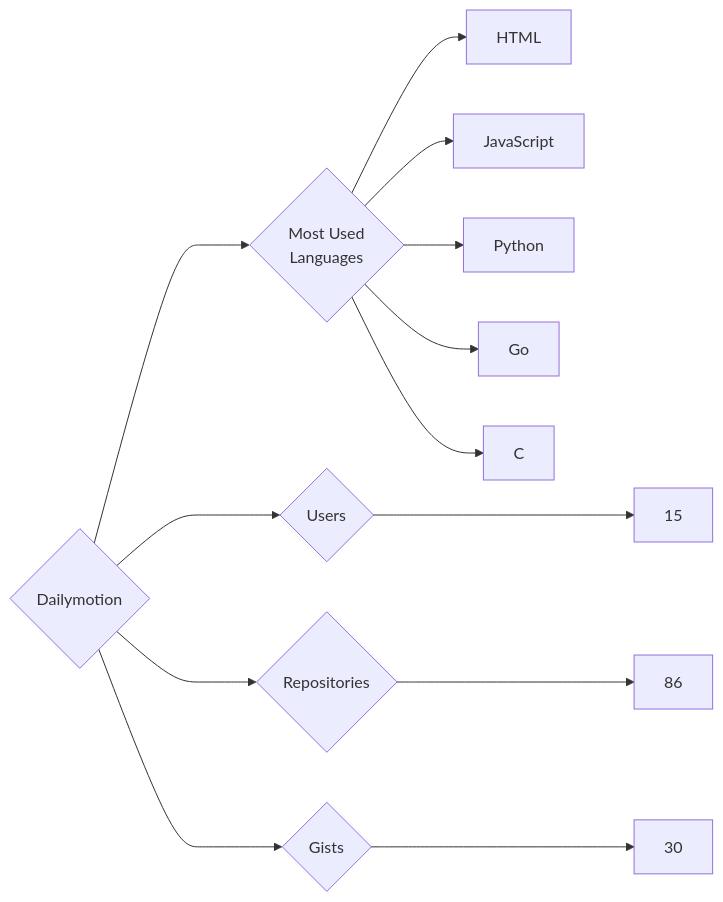
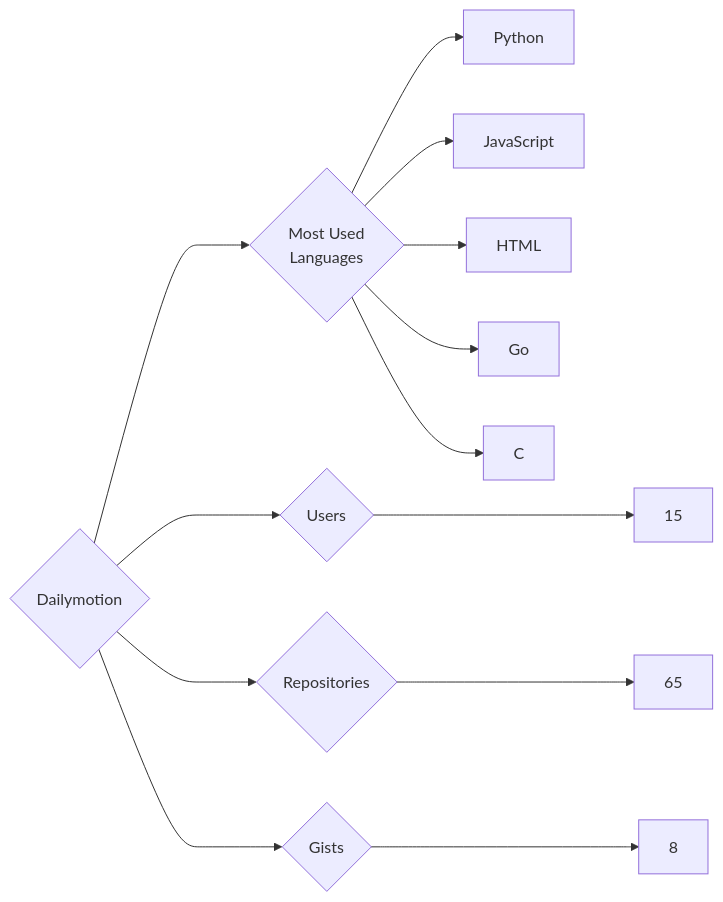
The diagram in targets/Dailymotion/README.md (trickest/insiders), drawn with Mermaid before and after one commit. The commit also changed 953 other files, not shown here.

````diff
--- a/targets/Dailymotion/README.md
+++ b/targets/Dailymotion/README.md
@@ -3,13 +3,13 @@
 ```mermaid
 graph LR
 COMPANY_NAME{Dailymotion}
 COMPANY_NAME ---> U{Users} ---> UN[15]
-COMPANY_NAME ---> R{Repositories} ---> RN[86]
-COMPANY_NAME ---> G{Gists} ---> GN[30]
+COMPANY_NAME ---> R{Repositories} ---> RN[65]
+COMPANY_NAME ---> G{Gists} ---> GN[8]
 COMPANY_NAME ---> ML{Most Used<br>Languages}
+ML --> Python[Python]
+ML --> JavaScript[JavaScript]
 ML --> HTML[HTML]
-ML --> JavaScript[JavaScript]
-ML --> Python[Python]
 ML --> Go[Go]
 ML --> C[C]
 ```
````
